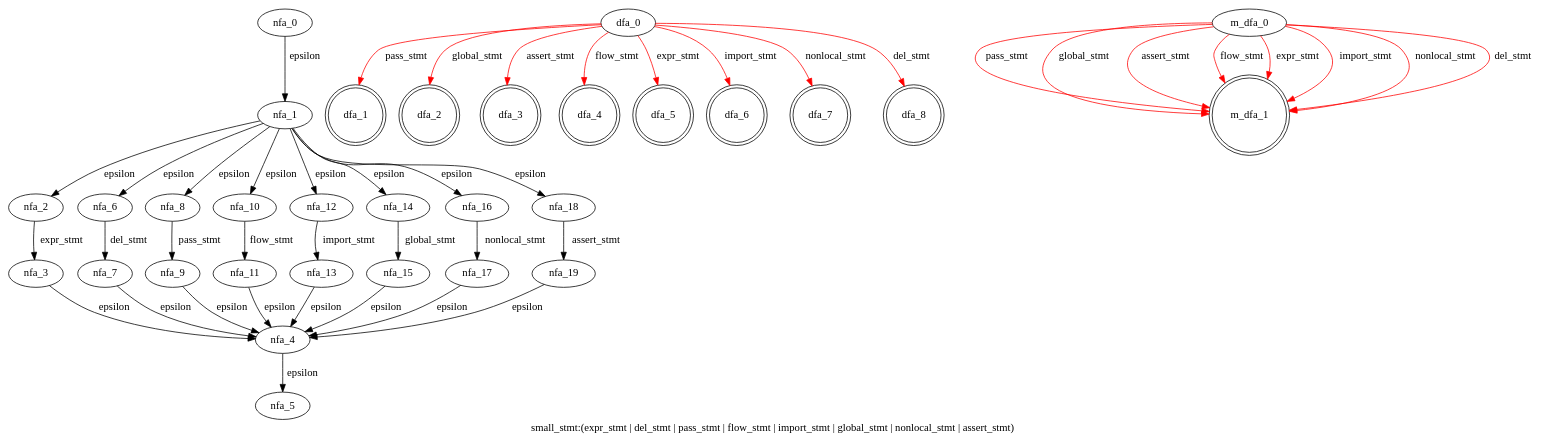
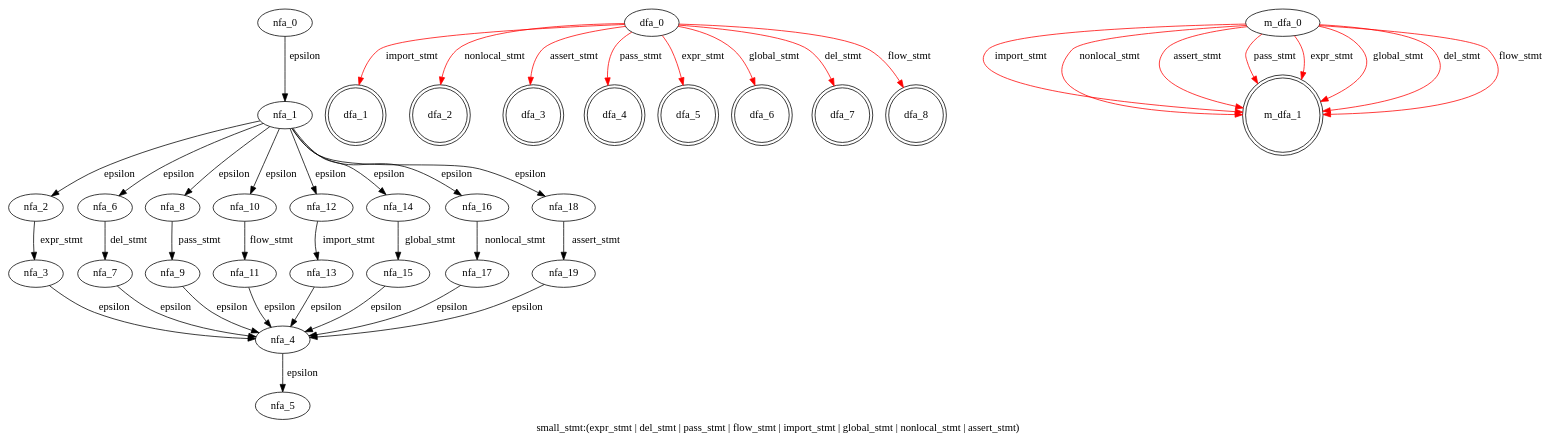
One commit to WinChua/blog changed the diagram in cpython/grammar/handwrite/nfa_dfas/15.small_stmt.dot. Above: the diagram before and after it, drawn with Graphviz. The commit also changed 47 other files, not shown here.

```diff
--- a/cpython/grammar/handwrite/nfa_dfas/15.small_stmt.dot
+++ b/cpython/grammar/handwrite/nfa_dfas/15.small_stmt.dot
@@ -1,60 +1,60 @@
 digraph small_stmt {
  graph[label="small_stmt:(expr_stmt | del_stmt | pass_stmt | flow_stmt | import_stmt | global_stmt | nonlocal_stmt | assert_stmt)"]
  subgraph small_stmt_nfa {
   nfa_0->nfa_1[label="epsilon"]
   nfa_1->nfa_2[label="epsilon"]
   nfa_2->nfa_3[label="expr_stmt"]
   nfa_3->nfa_4[label="epsilon"]
   nfa_4->nfa_5[label="epsilon"]
   nfa_1->nfa_6[label="epsilon"]
   nfa_6->nfa_7[label="del_stmt"]
   nfa_7->nfa_4[label="epsilon"]
   nfa_1->nfa_8[label="epsilon"]
   nfa_8->nfa_9[label="pass_stmt"]
   nfa_9->nfa_4[label="epsilon"]
   nfa_1->nfa_10[label="epsilon"]
   nfa_10->nfa_11[label="flow_stmt"]
   nfa_11->nfa_4[label="epsilon"]
   nfa_1->nfa_12[label="epsilon"]
   nfa_12->nfa_13[label="import_stmt"]
   nfa_13->nfa_4[label="epsilon"]
   nfa_1->nfa_14[label="epsilon"]
   nfa_14->nfa_15[label="global_stmt"]
   nfa_15->nfa_4[label="epsilon"]
   nfa_1->nfa_16[label="epsilon"]
   nfa_16->nfa_17[label="nonlocal_stmt"]
   nfa_17->nfa_4[label="epsilon"]
   nfa_1->nfa_18[label="epsilon"]
   nfa_18->nfa_19[label="assert_stmt"]
   nfa_19->nfa_4[label="epsilon"]
   }
  subgraph small_stmt_dfa {
-  dfa_0->dfa_1[label="pass_stmt",color=red]
-  dfa_0->dfa_2[label="global_stmt",color=red]
+  dfa_0->dfa_1[label="import_stmt",color=red]
+  dfa_0->dfa_2[label="nonlocal_stmt",color=red]
   dfa_0->dfa_3[label="assert_stmt",color=red]
-  dfa_0->dfa_4[label="flow_stmt",color=red]
+  dfa_0->dfa_4[label="pass_stmt",color=red]
   dfa_0->dfa_5[label="expr_stmt",color=red]
-  dfa_0->dfa_6[label="import_stmt",color=red]
-  dfa_0->dfa_7[label="nonlocal_stmt",color=red]
-  dfa_0->dfa_8[label="del_stmt",color=red]
+  dfa_0->dfa_6[label="global_stmt",color=red]
+  dfa_0->dfa_7[label="del_stmt",color=red]
+  dfa_0->dfa_8[label="flow_stmt",color=red]
   dfa_1[shape=doublecircle]
   dfa_2[shape=doublecircle]
   dfa_3[shape=doublecircle]
   dfa_4[shape=doublecircle]
   dfa_5[shape=doublecircle]
   dfa_6[shape=doublecircle]
   dfa_7[shape=doublecircle]
   dfa_8[shape=doublecircle]
   }
  subgraph small_stmt_m_dfa {
-  m_dfa_0->m_dfa_1[label="pass_stmt",color=red]
-  m_dfa_0->m_dfa_1[label="global_stmt",color=red]
-  m_dfa_0->m_dfa_1[label="assert_stmt",color=red]
-  m_dfa_0->m_dfa_1[label="flow_stmt",color=red]
-  m_dfa_0->m_dfa_1[label="expr_stmt",color=red]
   m_dfa_0->m_dfa_1[label="import_stmt",color=red]
   m_dfa_0->m_dfa_1[label="nonlocal_stmt",color=red]
+  m_dfa_0->m_dfa_1[label="assert_stmt",color=red]
+  m_dfa_0->m_dfa_1[label="pass_stmt",color=red]
+  m_dfa_0->m_dfa_1[label="expr_stmt",color=red]
+  m_dfa_0->m_dfa_1[label="global_stmt",color=red]
   m_dfa_0->m_dfa_1[label="del_stmt",color=red]
+  m_dfa_0->m_dfa_1[label="flow_stmt",color=red]
   m_dfa_1[shape=doublecircle]
   }
 }
```
